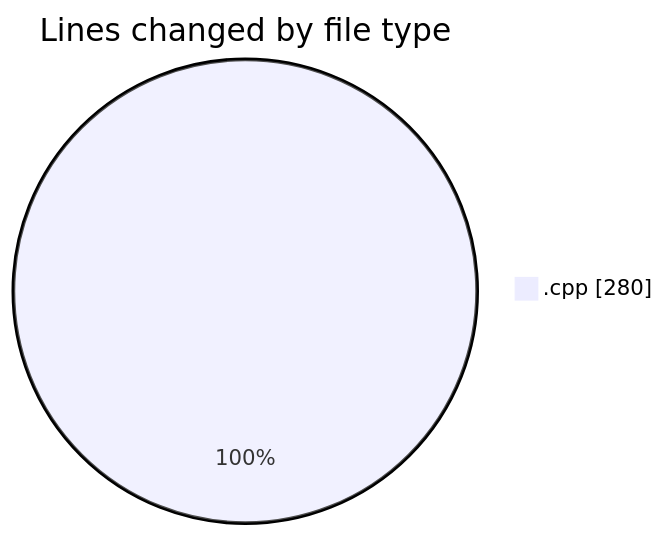
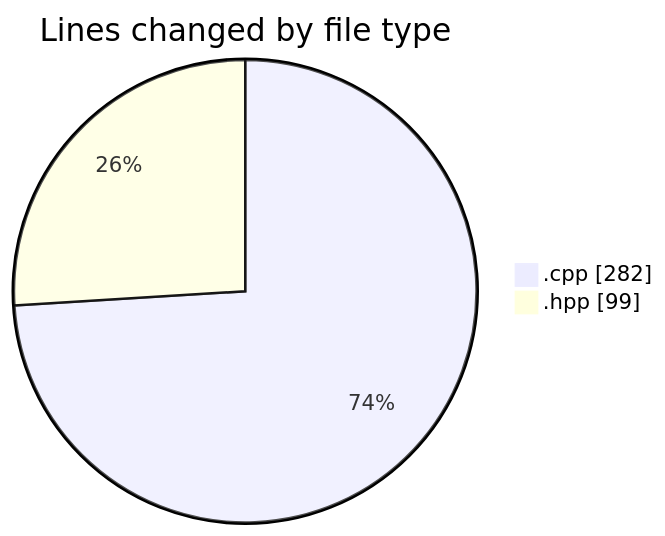
One commit to Netris89/code-tracking changed the first of 2 diagrams in 2025-04-24/echo/README.md. Above: the diagram before and after it, drawn with Mermaid. The commit also changed other lines of this file and 1 other file, not shown here.

````diff
--- a/2025-04-24/echo/README.md
+++ b/2025-04-24/echo/README.md
@@ -20,5 +21,6 @@
 ```mermaid
 pie showData
 title Lines changed by file type
-".cpp" : 280
+".cpp" : 282
+".hpp" : 99
 ```
````
